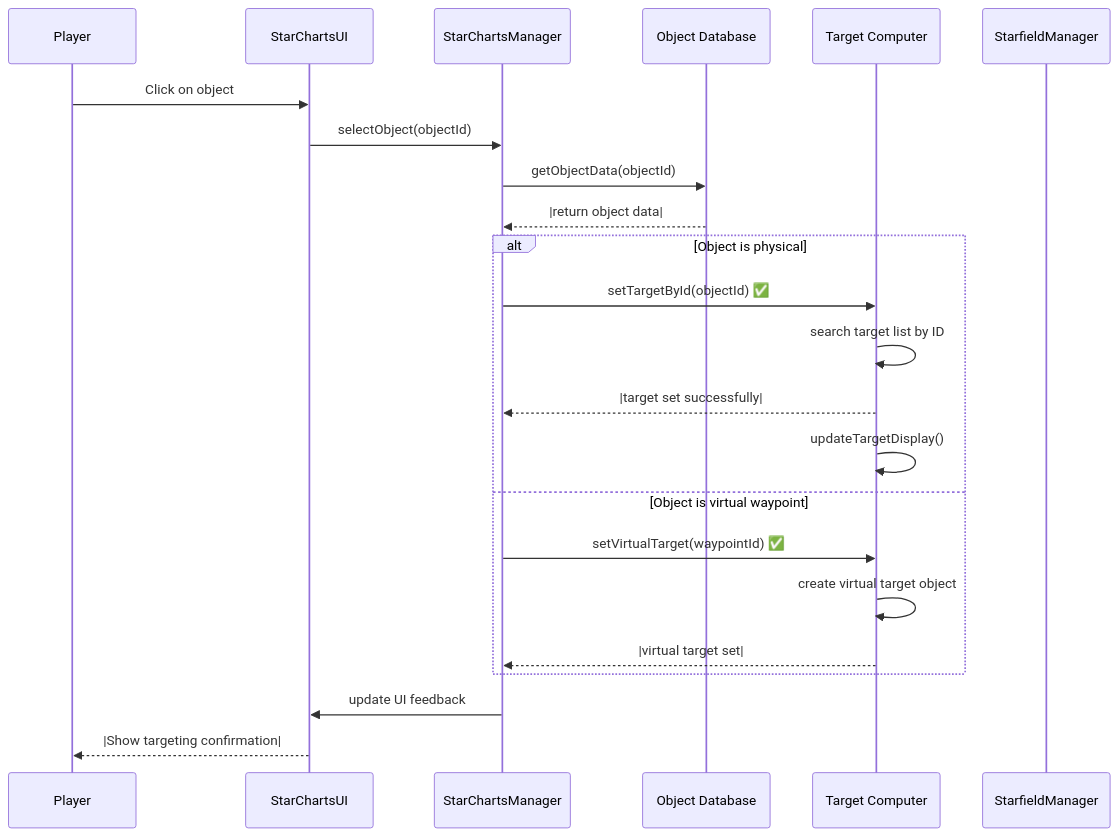
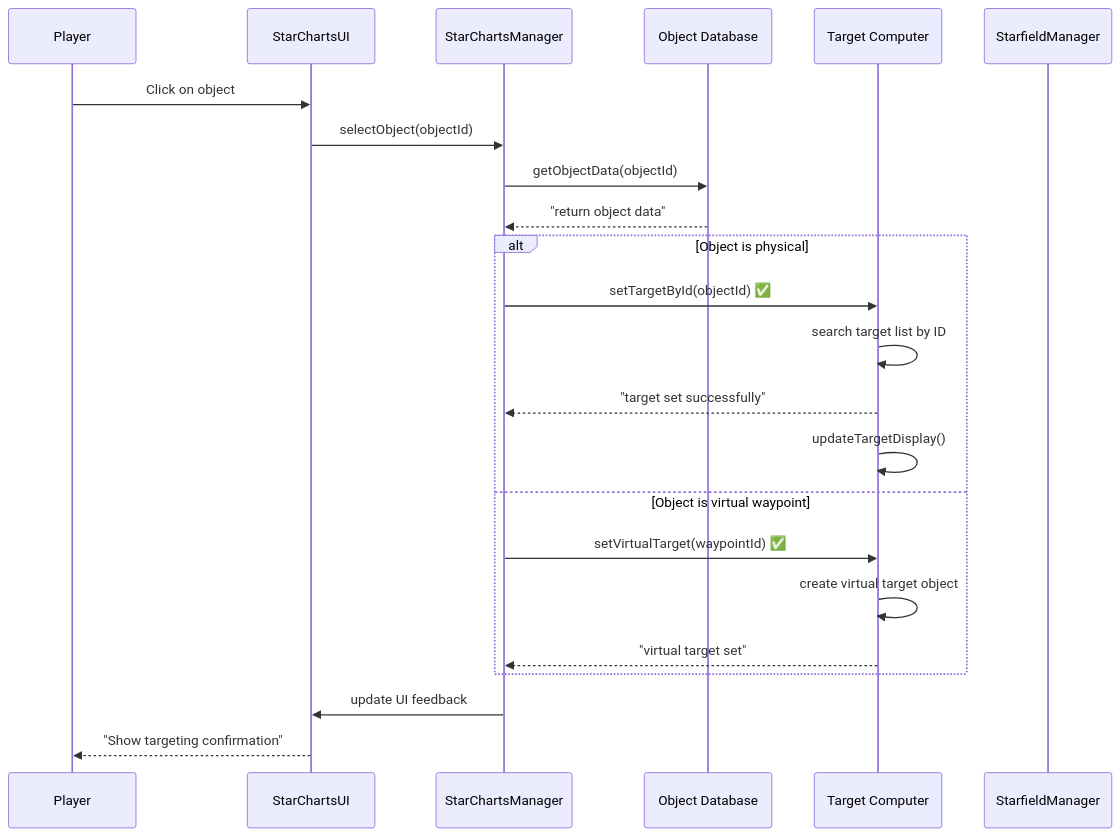
One commit to thoracle/planetz changed the seventh of 7 diagrams in docs/star_charts_system_spec.md. Above: the diagram before and after it, drawn with Mermaid. The commit also changed other lines of this file, not shown here.

First line of the commit message:
Fix Mermaid syntax errors in Star Charts specification

````diff
--- a/docs/star_charts_system_spec.md
+++ b/docs/star_charts_system_spec.md
@@ -602,28 +602,28 @@
 ```mermaid
 sequenceDiagram
     participant User as Player
     participant SCUI as StarChartsUI
     participant SCM as StarChartsManager
     participant DB as Object Database
     participant TC as Target Computer
     participant Starfield as StarfieldManager
 
     User->>SCUI: Click on object
     SCUI->>SCM: selectObject(objectId)
     SCM->>DB: getObjectData(objectId)
-    DB-->>SCM: |return object data|
+    DB-->>SCM: "return object data"
 
     alt Object is physical
         SCM->>TC: setTargetById(objectId) ✅
         TC->>TC: search target list by ID
-        TC-->>SCM: |target set successfully|
+        TC-->>SCM: "target set successfully"
         TC->>TC: updateTargetDisplay()
     else Object is virtual waypoint
         SCM->>TC: setVirtualTarget(waypointId) ✅
         TC->>TC: create virtual target object
-        TC-->>SCM: |virtual target set|
+        TC-->>SCM: "virtual target set"
     end
 
     SCM->>SCUI: update UI feedback
-    SCUI-->>User: |Show targeting confirmation|
+    SCUI-->>User: "Show targeting confirmation"
 ```
````
